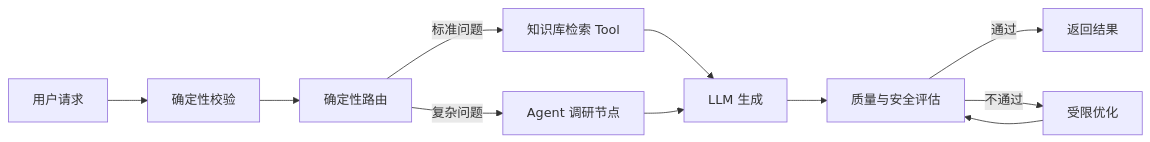
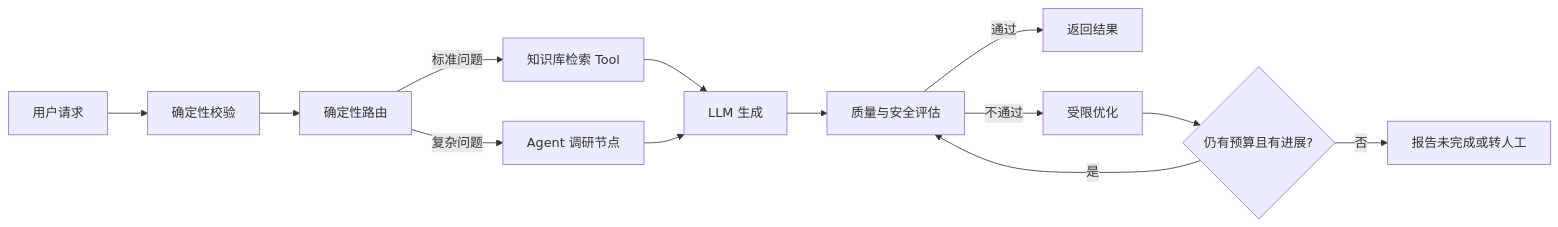
The eighth of 15 diagrams in docs/agent/01-foundations/03-agentic-building-blocks.md (oneleaveknowsthefall/awesome-ai-roadmap), drawn with Mermaid before and after one commit. The commit also changed other lines of this file and 50 other files, not shown here.

````diff
--- a/docs/agent/01-foundations/03-agentic-building-blocks.md
+++ b/docs/agent/01-foundations/03-agentic-building-blocks.md
@@ -507,13 +515,15 @@
 ```mermaid
 flowchart LR
     IN[用户请求] --> V[确定性校验]
     V --> R[确定性路由]
     R -->|标准问题| KB[知识库检索 Tool]
     R -->|复杂问题| AG[Agent 调研节点]
     KB --> GEN[LLM 生成]
     AG --> GEN
     GEN --> EVAL[质量与安全评估]
     EVAL -->|通过| OUT[返回结果]
     EVAL -->|不通过| FIX[受限优化]
-    FIX --> EVAL
+    FIX --> LIMIT{仍有预算且有进展?}
+    LIMIT -->|是| EVAL
+    LIMIT -->|否| STOP[报告未完成或转人工]
 ```
````
